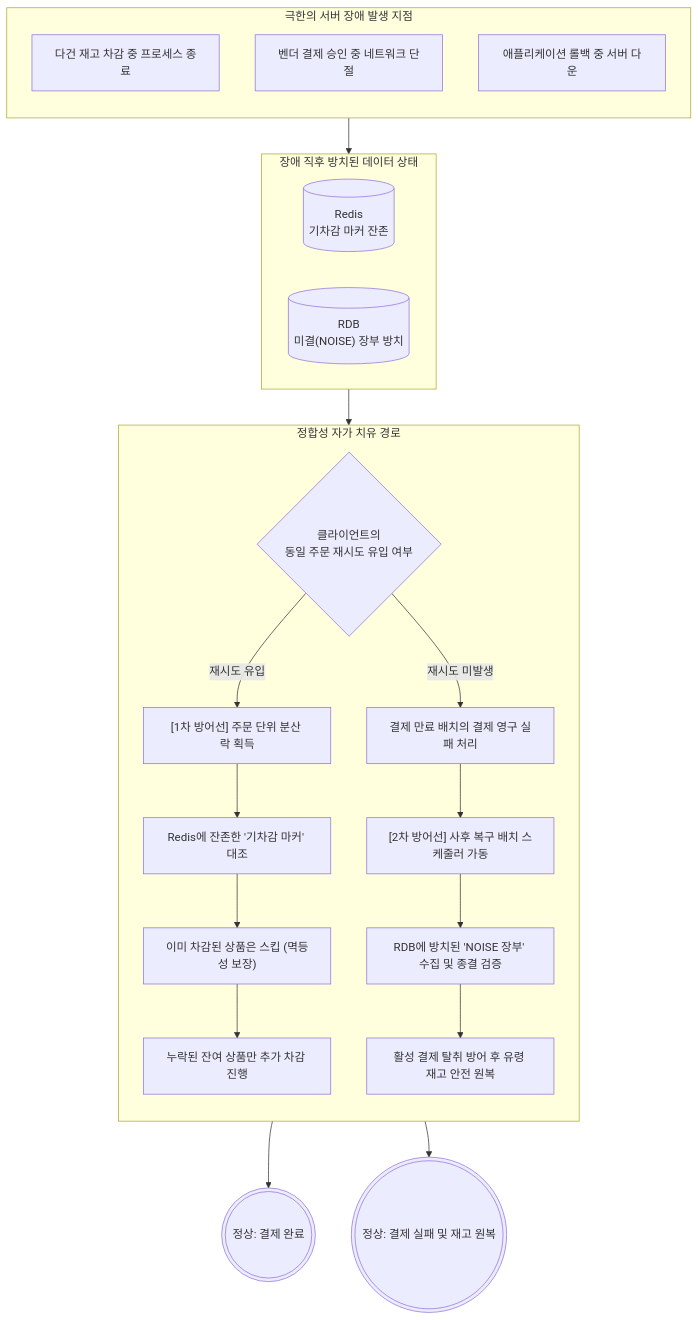
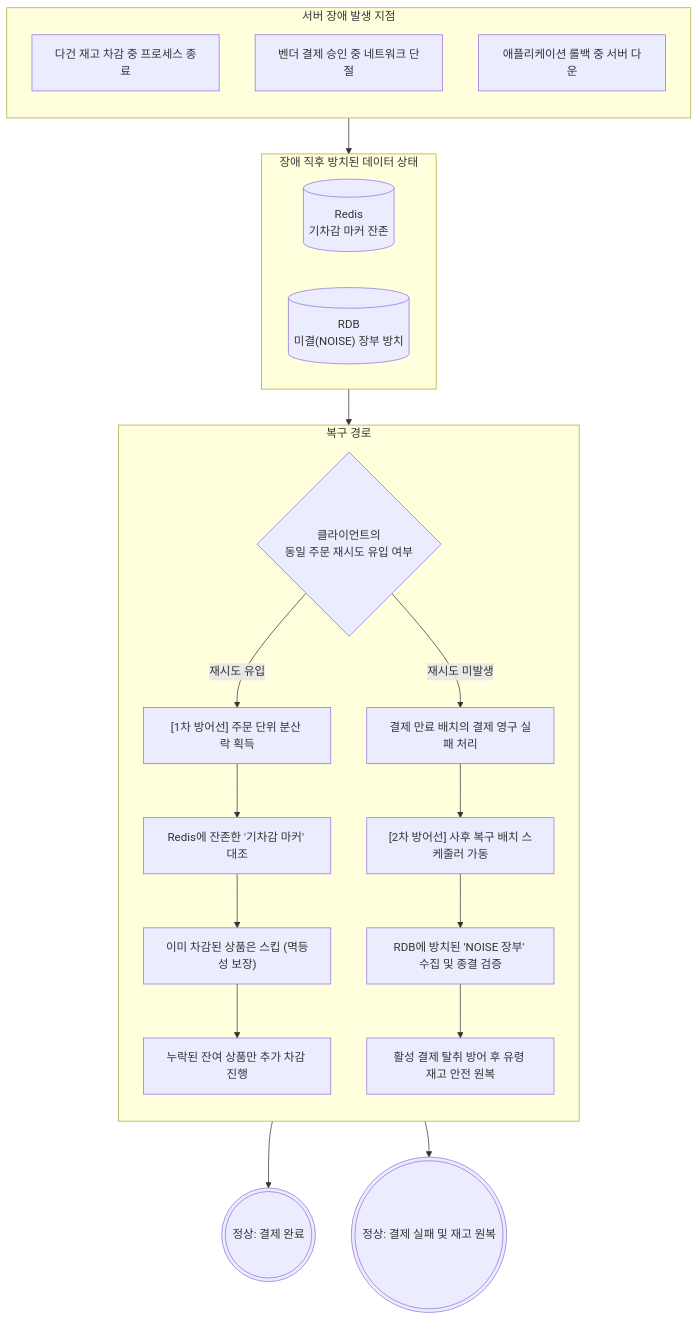
The sixth of 7 diagrams in src/content/docs/blog/stock-gate-per-product.md (hyoguoo/hyoguoo.github.io), drawn with Mermaid before and after one commit. The commit also changed other lines of this file, not shown here.

````diff
--- a/src/content/docs/blog/stock-gate-per-product.md
+++ b/src/content/docs/blog/stock-gate-per-product.md
@@ -425,35 +425,35 @@
 ```mermaid
 flowchart TB
-    subgraph Crash [극한의 서버 장애 발생 지점]
+    subgraph Crash [서버 장애 발생 지점]
         direction TB
         E1[다건 재고 차감 중 프로세스 종료]
         E2[벤더 결제 승인 중 네트워크 단절]
         E3[애플리케이션 롤백 중 서버 다운]
     end
 
     subgraph State [장애 직후 방치된 데이터 상태]
         direction LR
         REDIS[("Redis\n기차감 마커 잔존")]
         DB[("RDB\n미결(NOISE) 장부 방치")]
     end
     Crash --> State
 
-    subgraph Healing [정합성 자가 치유 경로]
+    subgraph Healing [복구 경로]
         direction TB
         R1{클라이언트의\n동일 주문 재시도 유입 여부}
         R1 -->|재시도 유입| D1_1["[1차 방어선] 주문 단위 분산 락 획득"]
         D1_1 --> D1_2["Redis에 잔존한 '기차감 마커' 대조"]
         D1_2 --> D1_3["이미 차감된 상품은 스킵 (멱등성 보장)"]
         D1_3 --> D1_4["누락된 잔여 상품만 추가 차감 진행"]
         R1 -->|재시도 미발생| D2_1["결제 만료 배치의 결제 영구 실패 처리"]
         D2_1 --> D2_2["[2차 방어선] 사후 복구 배치 스케줄러 가동"]
         D2_2 --> D2_3["RDB에 방치된 'NOISE 장부' 수집 및 종결 검증"]
         D2_3 --> D2_4["활성 결제 탈취 방어 후 유령 재고 안전 원복"]
     end
 
     State --> R1
     C1(((정상: 결제 완료)))
     C2(((정상: 결제 실패 및 재고 원복)))
     D1_4 --> C1
     D2_4 --> C2
 ```
````
